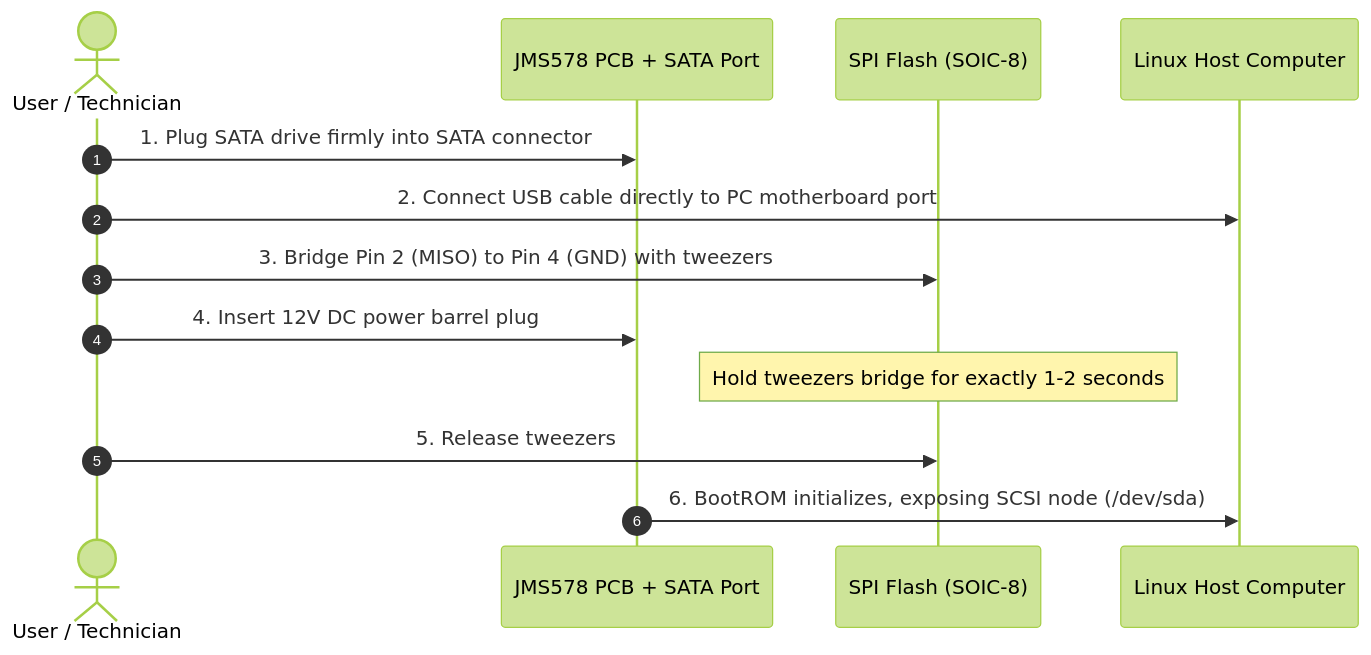
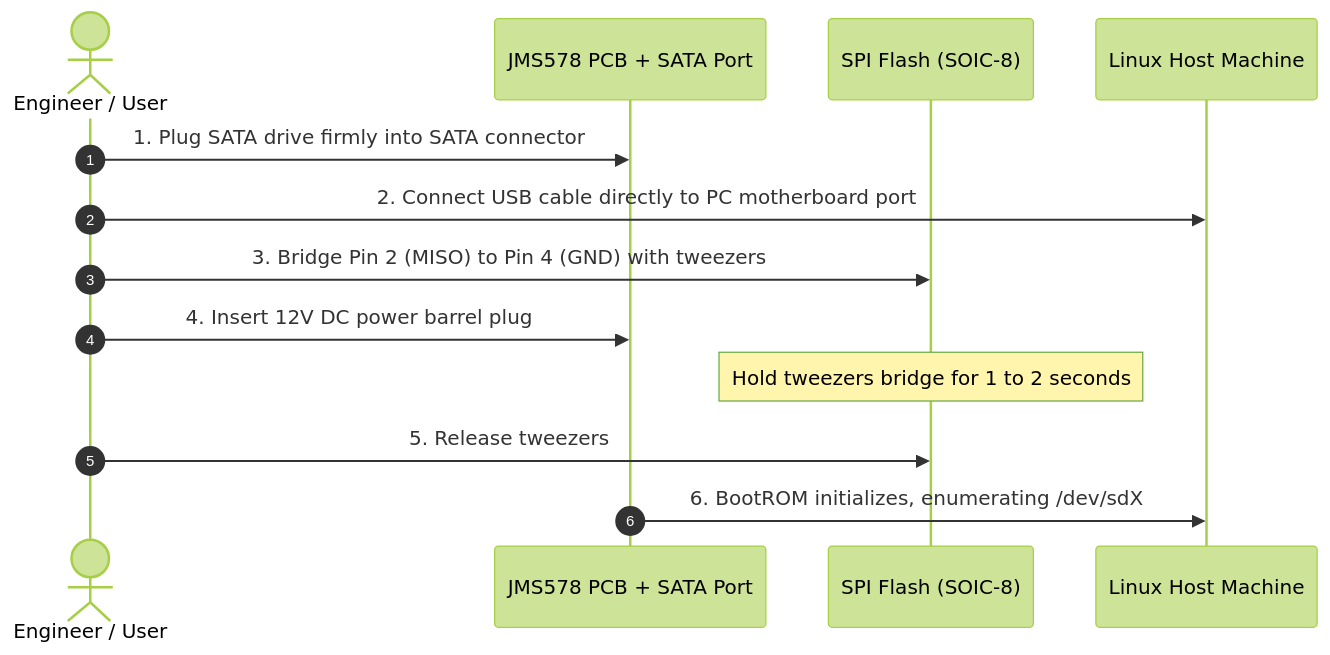
The fourth of 5 diagrams in README.md (khoipm06/jms578-firmware-guide), drawn with Mermaid (forest theme) before and after one commit. The commit also changed other lines of this file and 3 other files, not shown here.

````diff
--- a/README.md
+++ b/README.md
@@ -68,16 +216,16 @@
 ```mermaid
 sequenceDiagram
     autonumber
-    actor Tech as User / Technician
+    actor Tech as Engineer / User
     participant Board as JMS578 PCB + SATA Port
     participant SPI as SPI Flash (SOIC-8)
-    participant Host as Linux Host Computer
+    participant Host as Linux Host Machine
 
     Tech->>Board: 1. Plug SATA drive firmly into SATA connector
     Tech->>Host: 2. Connect USB cable directly to PC motherboard port
     Tech->>SPI: 3. Bridge Pin 2 (MISO) to Pin 4 (GND) with tweezers
     Tech->>Board: 4. Insert 12V DC power barrel plug
-    Note over SPI: Hold tweezers bridge for exactly 1-2 seconds
+    Note over SPI: Hold tweezers bridge for 1 to 2 seconds
     Tech->>SPI: 5. Release tweezers
-    Board->>Host: 6. BootROM initializes, exposing SCSI node (/dev/sda)
+    Board->>Host: 6. BootROM initializes, enumerating /dev/sdX
 ```
````
